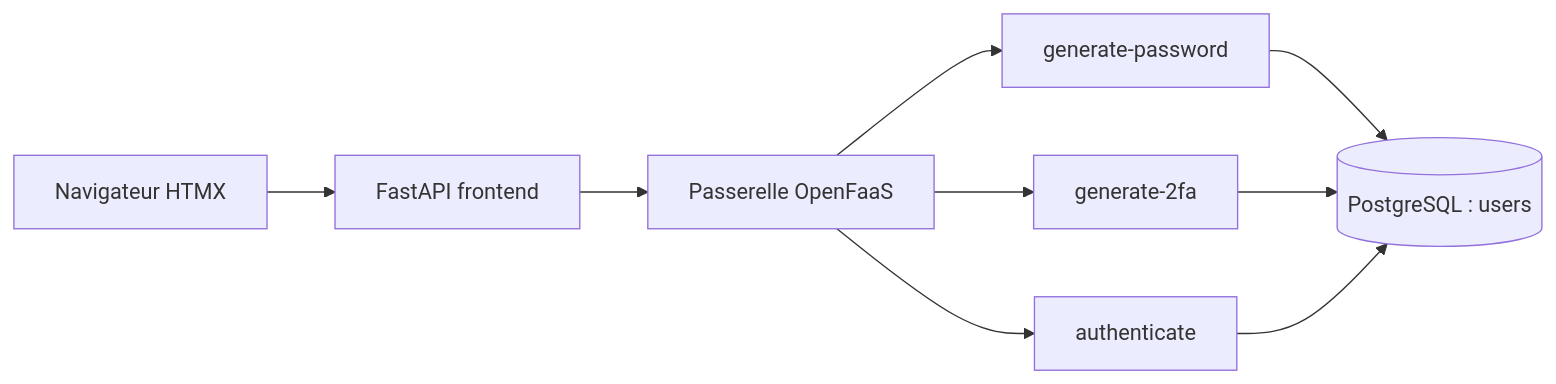
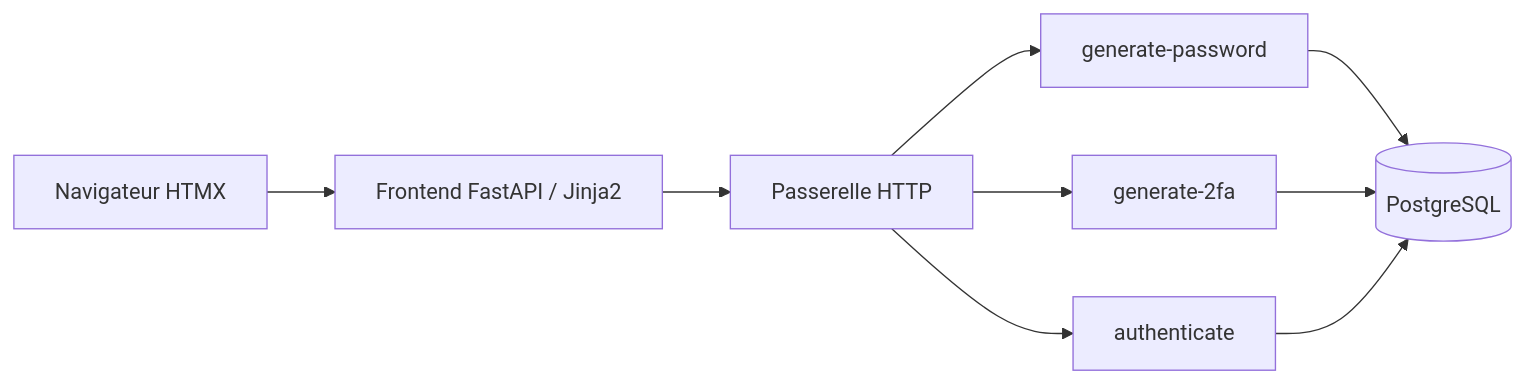
The diagram in docs/architecture.md (COFRAP/cofrap), drawn with Mermaid before and after one commit. The commit also changed other lines of this file and 4 other files, not shown here.

````diff
--- a/docs/architecture.md
+++ b/docs/architecture.md
@@ -5,11 +8,11 @@
 ```mermaid
 flowchart LR
-    Browser[Navigateur HTMX] --> Frontend[FastAPI frontend]
-    Frontend --> Gateway[Passerelle OpenFaaS]
+    Browser[Navigateur HTMX] --> Frontend[Frontend FastAPI / Jinja2]
+    Frontend --> Gateway[Passerelle HTTP]
     Gateway --> Password[generate-password]
     Gateway --> Totp[generate-2fa]
     Gateway --> Auth[authenticate]
-    Password --> DB[(PostgreSQL : users)]
+    Password --> DB[(PostgreSQL)]
     Totp --> DB
     Auth --> DB
 ```
````
